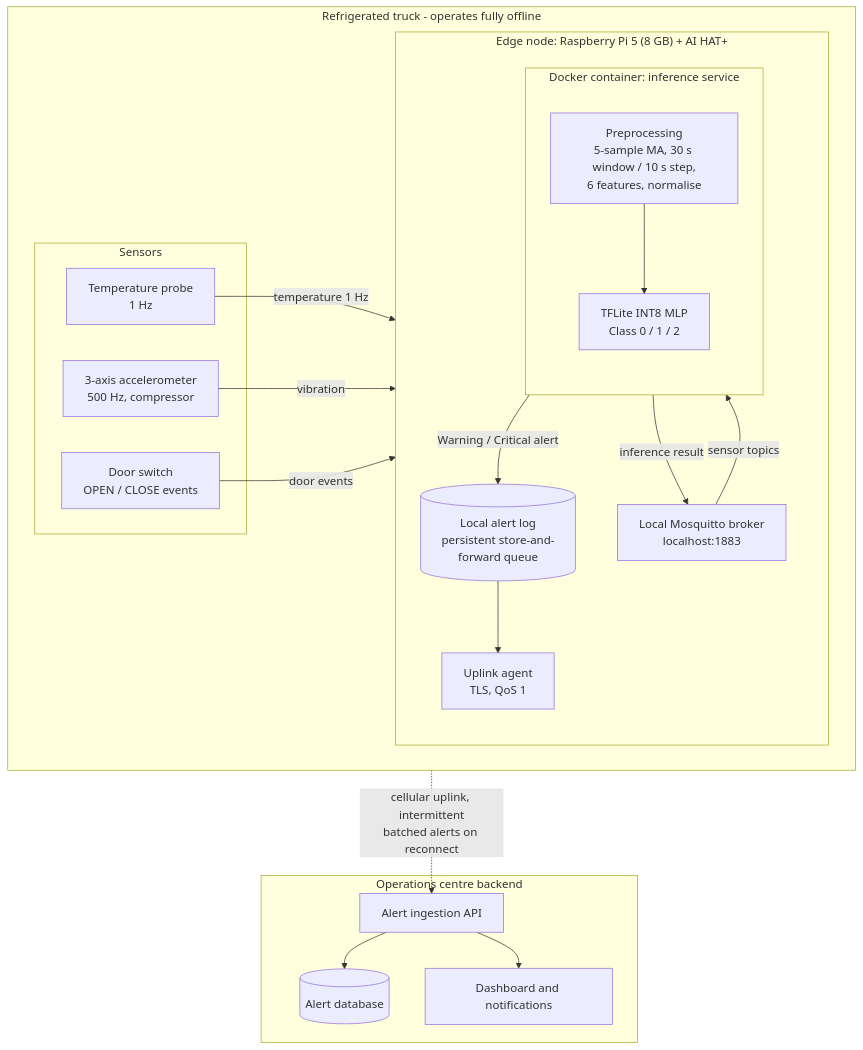
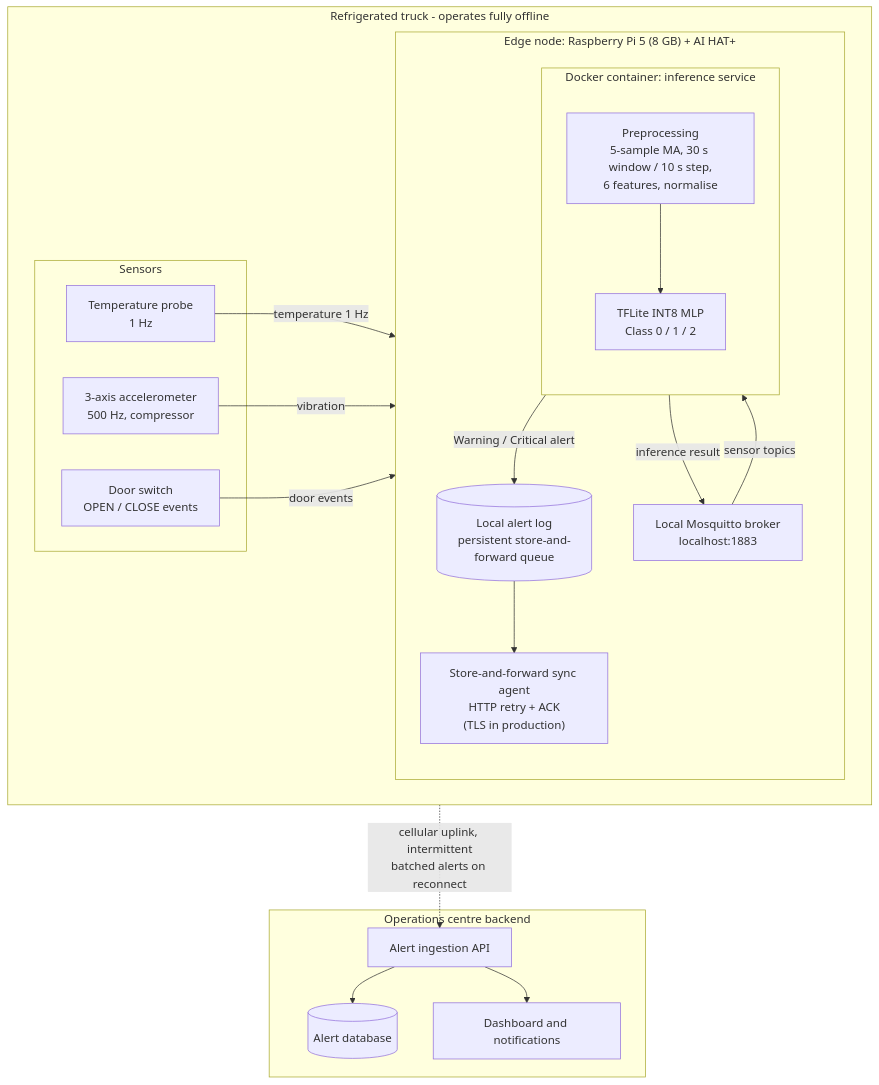
The diagram in scenario_architecture/system_architecture.mmd (santosh-2025ae05680/logibridge), drawn with Mermaid before and after one commit. The commit also changed 15 other files, not shown here.

Commit message:
updating the report and architecture diagram

```diff
--- a/scenario_architecture/system_architecture.mmd
+++ b/scenario_architecture/system_architecture.mmd
@@ -1,36 +1,36 @@
 flowchart TB
   subgraph TRUCK["Refrigerated truck - operates fully offline"]
     direction LR
     subgraph SENS["Sensors"]
       T["Temperature probe<br/>1 Hz"]
       V["3-axis accelerometer<br/>500 Hz, compressor"]
       D["Door switch<br/>OPEN / CLOSE events"]
     end
     subgraph EDGE["Edge node: Raspberry Pi 5 (8 GB) + AI HAT+"]
       direction TB
       B["Local Mosquitto broker<br/>localhost:1883"]
       subgraph C["Docker container: inference service"]
         direction TB
         P["Preprocessing<br/>5-sample MA, 30 s window / 10 s step,<br/>6 features, normalise"]
         M["TFLite INT8 MLP<br/>Class 0 / 1 / 2"]
         P --> M
       end
       L[("Local alert log<br/>persistent store-and-forward queue")]
-      U["Uplink agent<br/>TLS, QoS 1"]
+      U["Store-and-forward sync agent<br/>HTTP retry + ACK<br/>(TLS in production)"]
       B -->|"sensor topics"| P
       M -->|"inference result"| B
       M -->|"Warning / Critical alert"| L
       L --> U
     end
     T -->|"temperature 1 Hz"| B
     V -->|"vibration"| B
     D -->|"door events"| B
   end
   U -.->|"cellular uplink, intermittent<br/>batched alerts on reconnect"| API
   subgraph OPS["Operations centre backend"]
     API["Alert ingestion API"]
     DB[("Alert database")]
     DASH["Dashboard and notifications"]
     API --> DB
     API --> DASH
   end
```
